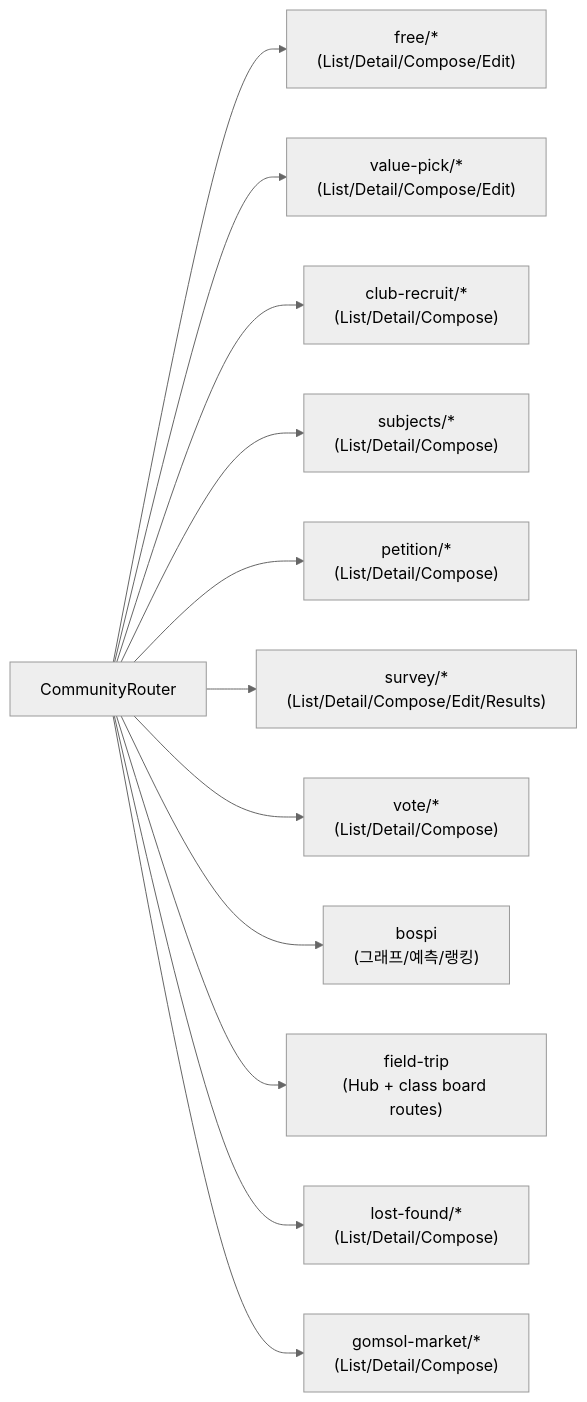
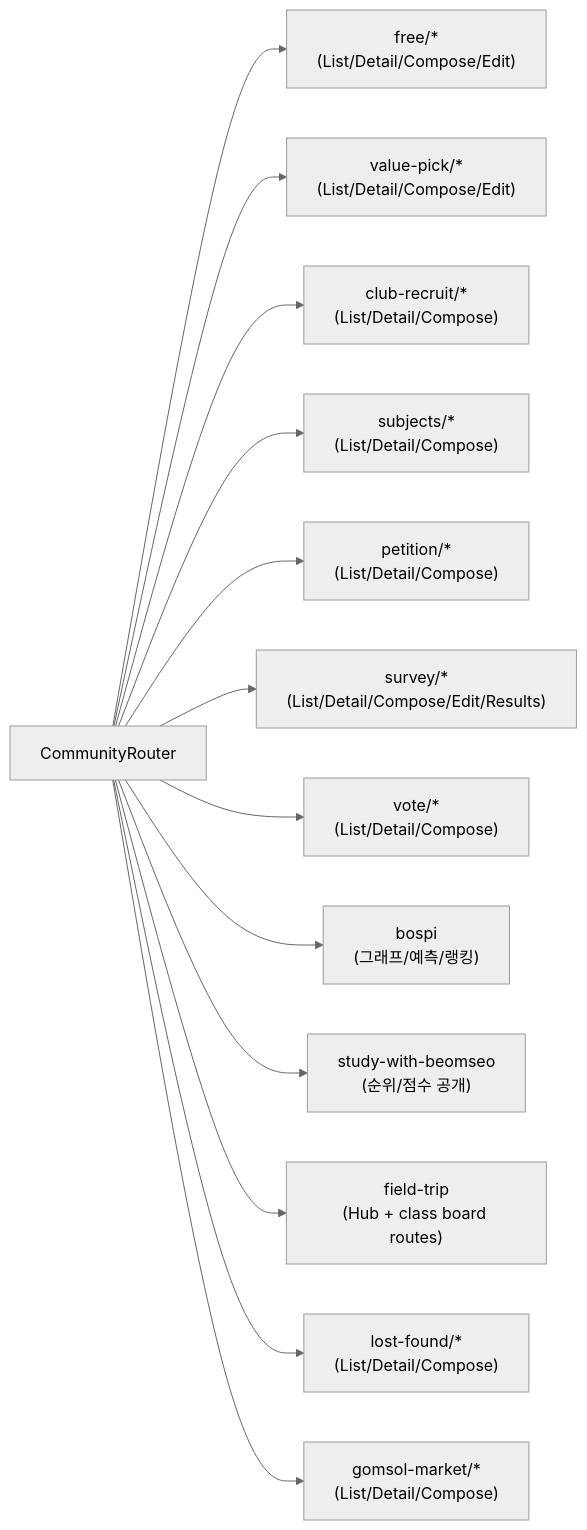
Diagram 16 of 18 in frontend/docs/frontend-architecture.md (hanjm-github/beomseo.in), drawn with Mermaid (neutral theme) before and after one commit. The commit also changed other lines of this file and 16 other files, not shown here.

````diff
--- a/frontend/docs/frontend-architecture.md
+++ b/frontend/docs/frontend-architecture.md
@@ -447,14 +446,15 @@
 ```mermaid
 graph LR
     CR["CommunityRouter"] --> FREE["free/*\n(List/Detail/Compose/Edit)"]
     CR --> VP["value-pick/*\n(List/Detail/Compose/Edit)"]
     CR --> CLUB["club-recruit/*\n(List/Detail/Compose)"]
     CR --> SUBJ["subjects/*\n(List/Detail/Compose)"]
     CR --> PET["petition/*\n(List/Detail/Compose)"]
     CR --> SUR["survey/*\n(List/Detail/Compose/Edit/Results)"]
     CR --> VOTE["vote/*\n(List/Detail/Compose)"]
     CR --> BOSPI["bospi\n(그래프/예측/랭킹)"]
+    CR --> SWB["study-with-beomseo\n(순위/점수 공개)"]
     CR --> FT["field-trip\n(Hub + class board routes)"]
     CR --> LF["lost-found/*\n(List/Detail/Compose)"]
     CR --> GM["gomsol-market/*\n(List/Detail/Compose)"]
 ```
````
